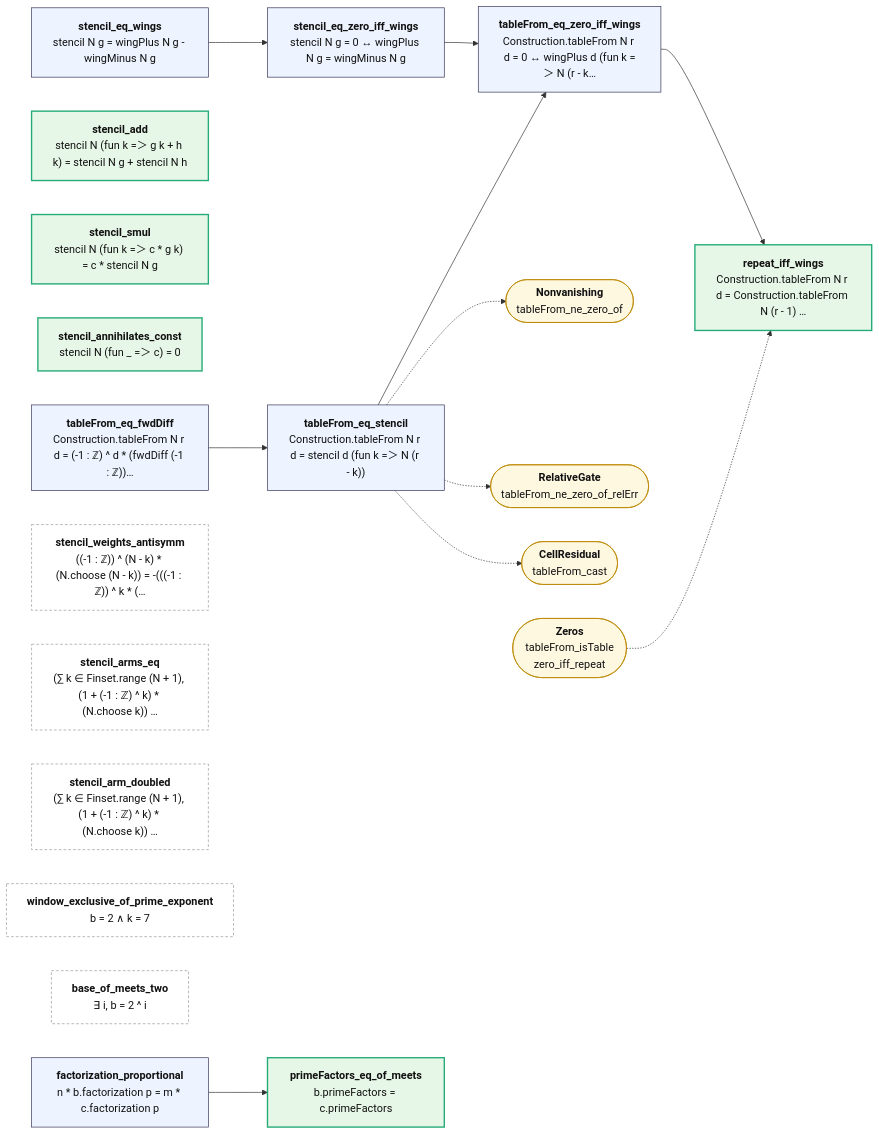
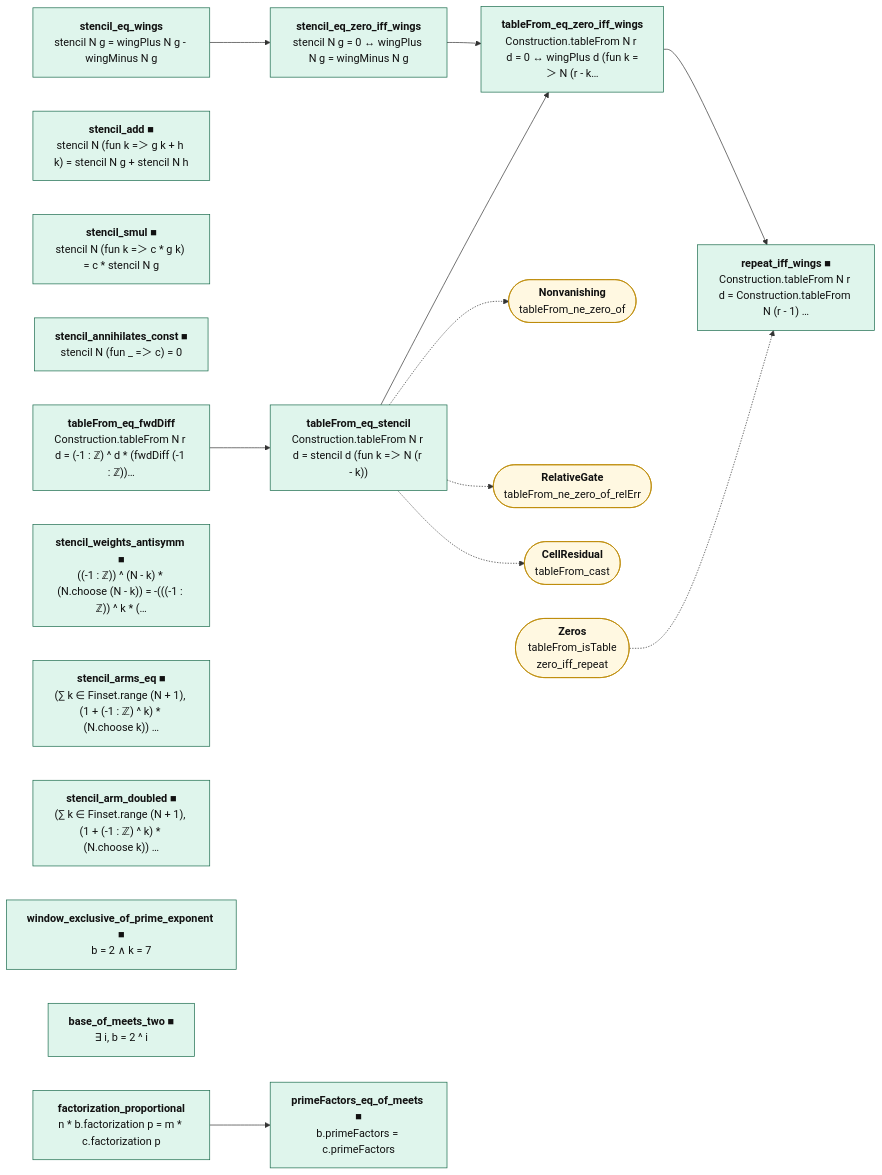
The diagram in map/lean/ZerosStencil.md (juliansambranojr/Primebeat_081426), drawn with Mermaid before and after one commit. The commit also changed other lines of this file and 398 other files, not shown here.

````diff
--- a/map/lean/ZerosStencil.md
+++ b/map/lean/ZerosStencil.md
@@ -12,38 +12,41 @@
 ```mermaid
 flowchart LR
-  n0["<b>tableFrom_eq_fwdDiff</b><br/>Construction.tableFrom N r d = (-1 : ℤ) ^ d * (fwdDiff (-1 : ℤ))…"]:::thm
-  n1["<b>tableFrom_eq_stencil</b><br/>Construction.tableFrom N r d = stencil d (fun k =＞ N (r - k))"]:::thm
-  n2["<b>stencil_add</b><br/>stencil N (fun k =＞ g k + h k) = stencil N g + stencil N h"]:::end_
-  n3["<b>stencil_smul</b><br/>stencil N (fun k =＞ c * g k) = c * stencil N g"]:::end_
-  n4["<b>stencil_annihilates_const</b><br/>stencil N (fun _ =＞ c) = 0"]:::end_
-  n5["<b>stencil_eq_wings</b><br/>stencil N g = wingPlus N g - wingMinus N g"]:::thm
-  n6["<b>stencil_eq_zero_iff_wings</b><br/>stencil N g = 0 ↔ wingPlus N g = wingMinus N g"]:::thm
-  n7["<b>tableFrom_eq_zero_iff_wings</b><br/>Construction.tableFrom N r d = 0 ↔ wingPlus d (fun k =＞ N (r - k…"]:::thm
-  n8["<b>repeat_iff_wings</b><br/>Construction.tableFrom N r d = Construction.tableFrom N (r - 1) …"]:::end_
-  n9["<b>stencil_weights_antisymm</b><br/>((-1 : ℤ)) ^ (N - k) * (N.choose (N - k)) = -(((-1 : ℤ)) ^ k * (…"]:::lone
-  n10["<b>stencil_arms_eq</b><br/>(∑ k ∈ Finset.range (N + 1), (1 + (-1 : ℤ) ^ k) * (N.choose k)) …"]:::lone
-  n11["<b>stencil_arm_doubled</b><br/>(∑ k ∈ Finset.range (N + 1), (1 + (-1 : ℤ) ^ k) * (N.choose k)) …"]:::lone
-  n12["<b>window_exclusive_of_prime_exponent</b><br/>b = 2 ∧ k = 7"]:::lone
-  n13["<b>base_of_meets_two</b><br/>∃ i, b = 2 ^ i"]:::lone
-  n14["<b>factorization_proportional</b><br/>n * b.factorization p = m * c.factorization p"]:::thm
-  n15["<b>primeFactors_eq_of_meets</b><br/>b.primeFactors = c.primeFactors"]:::end_
+  n0["<b>tableFrom_eq_fwdDiff</b><br/>Construction.tableFrom N r d = (-1 : ℤ) ^ d * (fwdDiff (-1 : ℤ))…"]:::cnt
+  n1["<b>tableFrom_eq_stencil</b><br/>Construction.tableFrom N r d = stencil d (fun k =＞ N (r - k))"]:::cnt
+  n2["<b>stencil_add ■</b><br/>stencil N (fun k =＞ g k + h k) = stencil N g + stencil N h"]:::cnt
+  n3["<b>stencil_smul ■</b><br/>stencil N (fun k =＞ c * g k) = c * stencil N g"]:::cnt
+  n4["<b>stencil_annihilates_const ■</b><br/>stencil N (fun _ =＞ c) = 0"]:::cnt
+  n5["<b>stencil_eq_wings</b><br/>stencil N g = wingPlus N g - wingMinus N g"]:::cnt
+  n6["<b>stencil_eq_zero_iff_wings</b><br/>stencil N g = 0 ↔ wingPlus N g = wingMinus N g"]:::cnt
+  n7["<b>tableFrom_eq_zero_iff_wings</b><br/>Construction.tableFrom N r d = 0 ↔ wingPlus d (fun k =＞ N (r - k…"]:::cnt
+  n8["<b>repeat_iff_wings ■</b><br/>Construction.tableFrom N r d = Construction.tableFrom N (r - 1) …"]:::cnt
+  n9["<b>stencil_weights_antisymm ■</b><br/>((-1 : ℤ)) ^ (N - k) * (N.choose (N - k)) = -(((-1 : ℤ)) ^ k * (…"]:::cnt
+  n10["<b>stencil_arms_eq ■</b><br/>(∑ k ∈ Finset.range (N + 1), (1 + (-1 : ℤ) ^ k) * (N.choose k)) …"]:::cnt
+  n11["<b>stencil_arm_doubled ■</b><br/>(∑ k ∈ Finset.range (N + 1), (1 + (-1 : ℤ) ^ k) * (N.choose k)) …"]:::cnt
+  n12["<b>window_exclusive_of_prime_exponent ■</b><br/>b = 2 ∧ k = 7"]:::cnt
+  n13["<b>base_of_meets_two ■</b><br/>∃ i, b = 2 ^ i"]:::cnt
+  n14["<b>factorization_proportional</b><br/>n * b.factorization p = m * c.factorization p"]:::cnt
+  n15["<b>primeFactors_eq_of_meets ■</b><br/>b.primeFactors = c.primeFactors"]:::cnt
   x0(["<b>Nonvanishing</b><br/>tableFrom_ne_zero_of"]):::ext
   x1(["<b>RelativeGate</b><br/>tableFrom_ne_zero_of_relErr"]):::ext
   x2(["<b>CellResidual</b><br/>tableFrom_cast"]):::ext
   x3(["<b>Zeros</b><br/>tableFrom_isTable<br/>zero_iff_repeat"]):::ext
   n0 --> n1
   n1 --> n7
   n14 --> n15
   n5 --> n6
   n6 --> n7
   n7 --> n8
   n1 -.-> x0
   n1 -.-> x1
   n1 -.-> x2
   x3 -.-> n8
+  classDef cnt fill:#dff5ec,stroke:#17694a,color:#111
+  classDef shp fill:#f1ecfb,stroke:#5b3fa0,color:#111
+  classDef rh fill:#ffe5e5,stroke:#c22,color:#111,stroke-width:2px
   classDef thm fill:#eef4ff,stroke:#335,color:#111
   classDef end_ fill:#e7f7e7,stroke:#2a7,color:#111,stroke-width:2px
   classDef lone fill:#fff,stroke:#999,color:#111,stroke-dasharray:4 3
   classDef bad fill:#ffe5e5,stroke:#c22,color:#111,stroke-width:2px
   classDef ext fill:#fff8e1,stroke:#b80,color:#111
 ```
````
